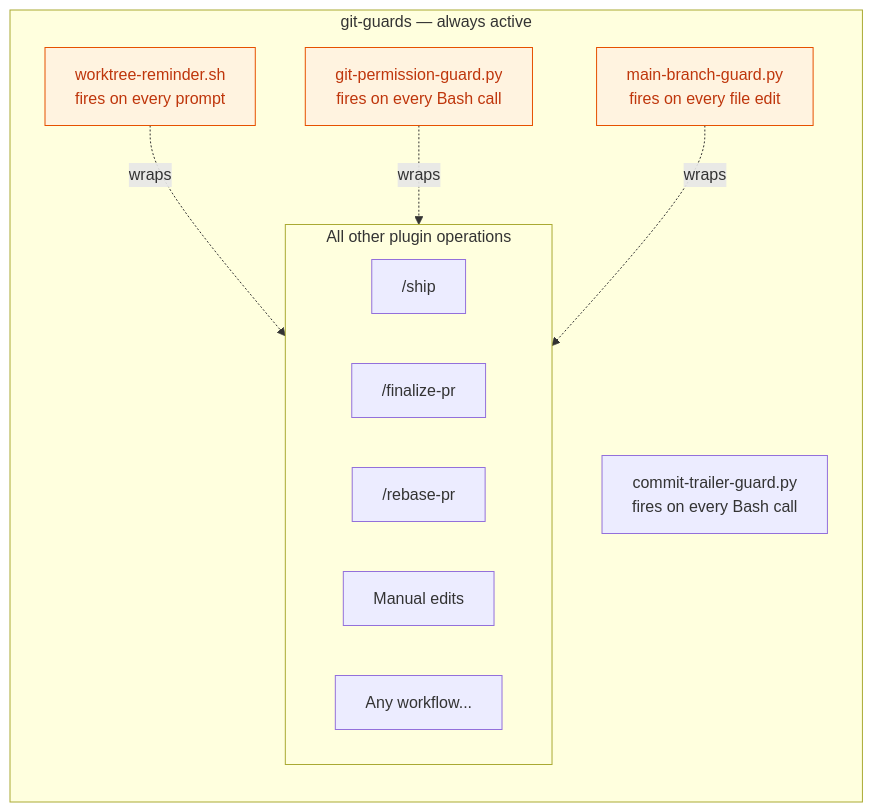
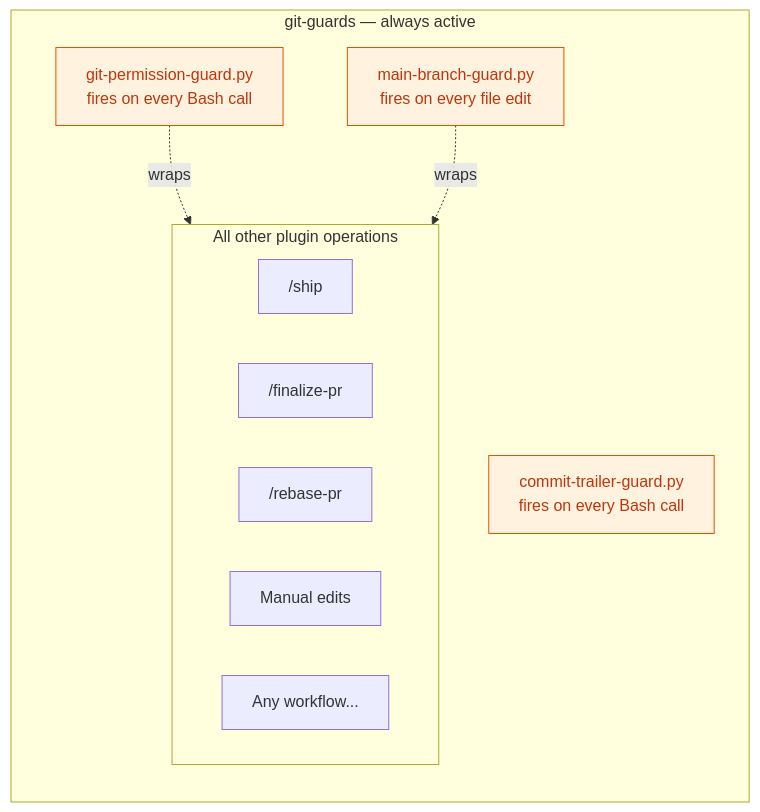
One commit to dryvist/claude-code-plugins changed the second of 2 diagrams in git-guards/ARCHITECTURE.md. Above: the diagram before and after it, drawn with Mermaid. The commit also changed other lines of this file and 5 other files, not shown here.

First line of the commit message:
fix(git-guards): remove the worktree-reminder UserPromptSubmit hook

````diff
--- a/git-guards/ARCHITECTURE.md
+++ b/git-guards/ARCHITECTURE.md
@@ -46,26 +40,24 @@
 ```mermaid
 flowchart LR
     subgraph OUTER["git-guards — always active"]
         direction TB
-        WR2["worktree-reminder.sh\nfires on every prompt"]
         PG2["git-permission-guard.py\nfires on every Bash call"]
         TG2["commit-trailer-guard.py\nfires on every Bash call"]
         MBG2["main-branch-guard.py\nfires on every file edit"]
 
         subgraph INNER["All other plugin operations"]
             direction LR
             SHIP["/ship"]
             FINALIZE["/finalize-pr"]
             REBASE["/rebase-pr"]
             MANUAL["Manual edits"]
             OTHER["Any workflow..."]
         end
 
-        WR2 -.->|wraps| INNER
         PG2 -.->|wraps| INNER
         MBG2 -.->|wraps| INNER
     end
 
     classDef hook fill:#fff3e0,stroke:#e65100,color:#bf360c
-    class WR2,PG2,MBG2 hook
+    class PG2,TG2,MBG2 hook
 ```
````
